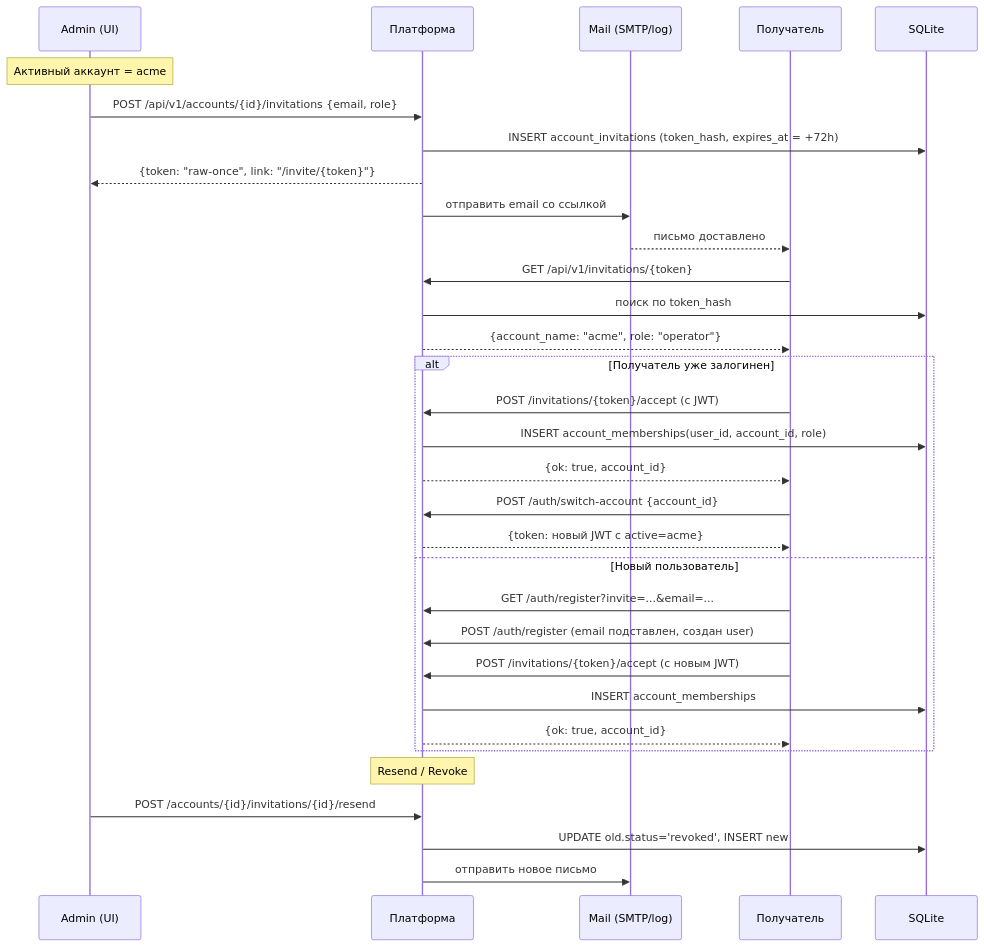
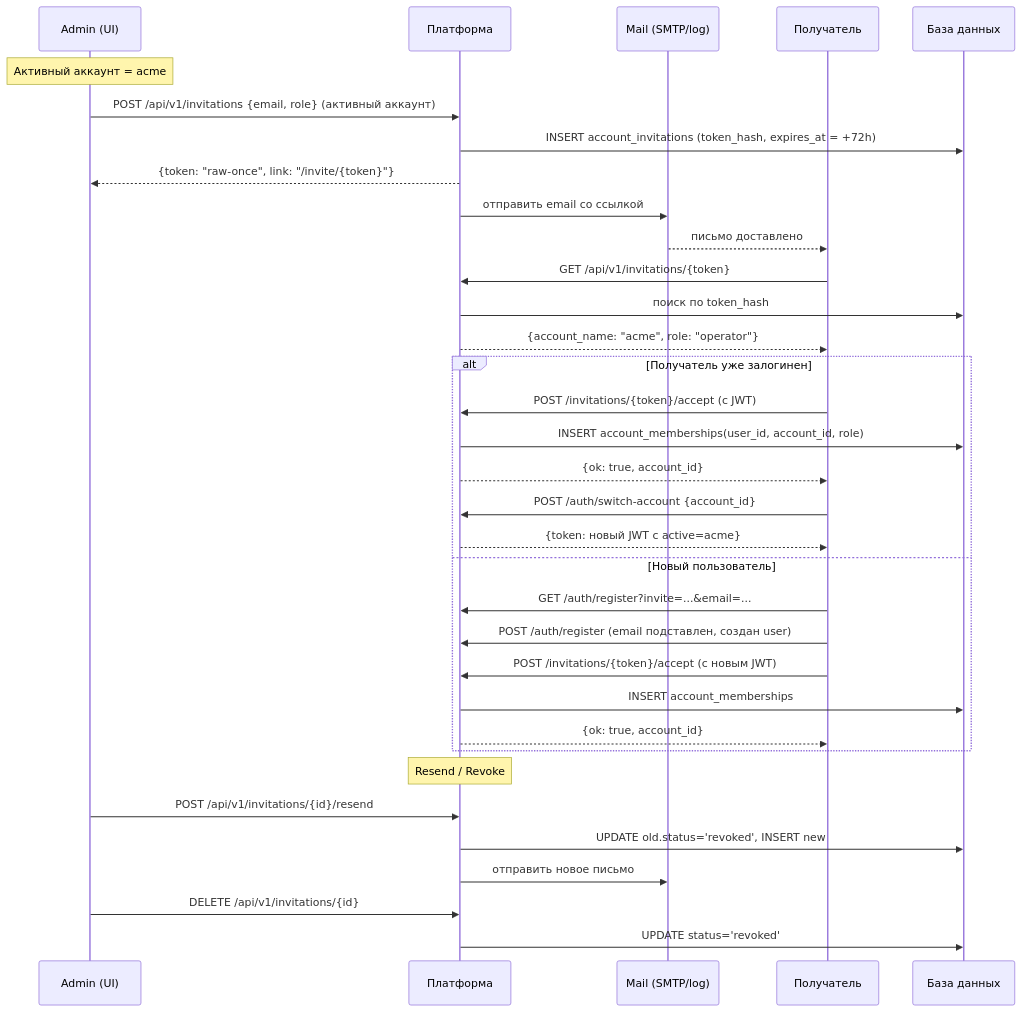
One commit to darvik80/iot-platform-go changed the tenth of 20 diagrams in docs/ru/14-diagrams.md. Above: the diagram before and after it, drawn with Mermaid. The commit also changed other lines of this file and 81 other files, not shown here.

````diff
--- a/docs/ru/14-diagrams.md
+++ b/docs/ru/14-diagrams.md
@@ -413,38 +425,40 @@
 ```mermaid
 sequenceDiagram
     participant A as Admin (UI)
     participant P as Платформа
     participant M as Mail (SMTP/log)
     participant R as Получатель
-    participant DB as SQLite
+    participant DB as База данных
 
     Note over A: Активный аккаунт = acme
-    A->>P: POST /api/v1/accounts/{id}/invitations {email, role}
+    A->>P: POST /api/v1/invitations {email, role} (активный аккаунт)
     P->>DB: INSERT account_invitations (token_hash, expires_at = +72h)
     P-->>A: {token: "raw-once", link: "/invite/{token}"}
     P->>M: отправить email со ссылкой
     M-->>R: письмо доставлено
 
     R->>P: GET /api/v1/invitations/{token}
     P->>DB: поиск по token_hash
     P-->>R: {account_name: "acme", role: "operator"}
 
     alt Получатель уже залогинен
         R->>P: POST /invitations/{token}/accept (с JWT)
         P->>DB: INSERT account_memberships(user_id, account_id, role)
         P-->>R: {ok: true, account_id}
         R->>P: POST /auth/switch-account {account_id}
         P-->>R: {token: новый JWT с active=acme}
     else Новый пользователь
         R->>P: GET /auth/register?invite=...&email=...
         R->>P: POST /auth/register (email подставлен, создан user)
         R->>P: POST /invitations/{token}/accept (с новым JWT)
         P->>DB: INSERT account_memberships
         P-->>R: {ok: true, account_id}
     end
 
     Note over P: Resend / Revoke
-    A->>P: POST /accounts/{id}/invitations/{id}/resend
+    A->>P: POST /api/v1/invitations/{id}/resend
     P->>DB: UPDATE old.status='revoked', INSERT new
     P->>M: отправить новое письмо
+    A->>P: DELETE /api/v1/invitations/{id}
+    P->>DB: UPDATE status='revoked'
 ```
````
